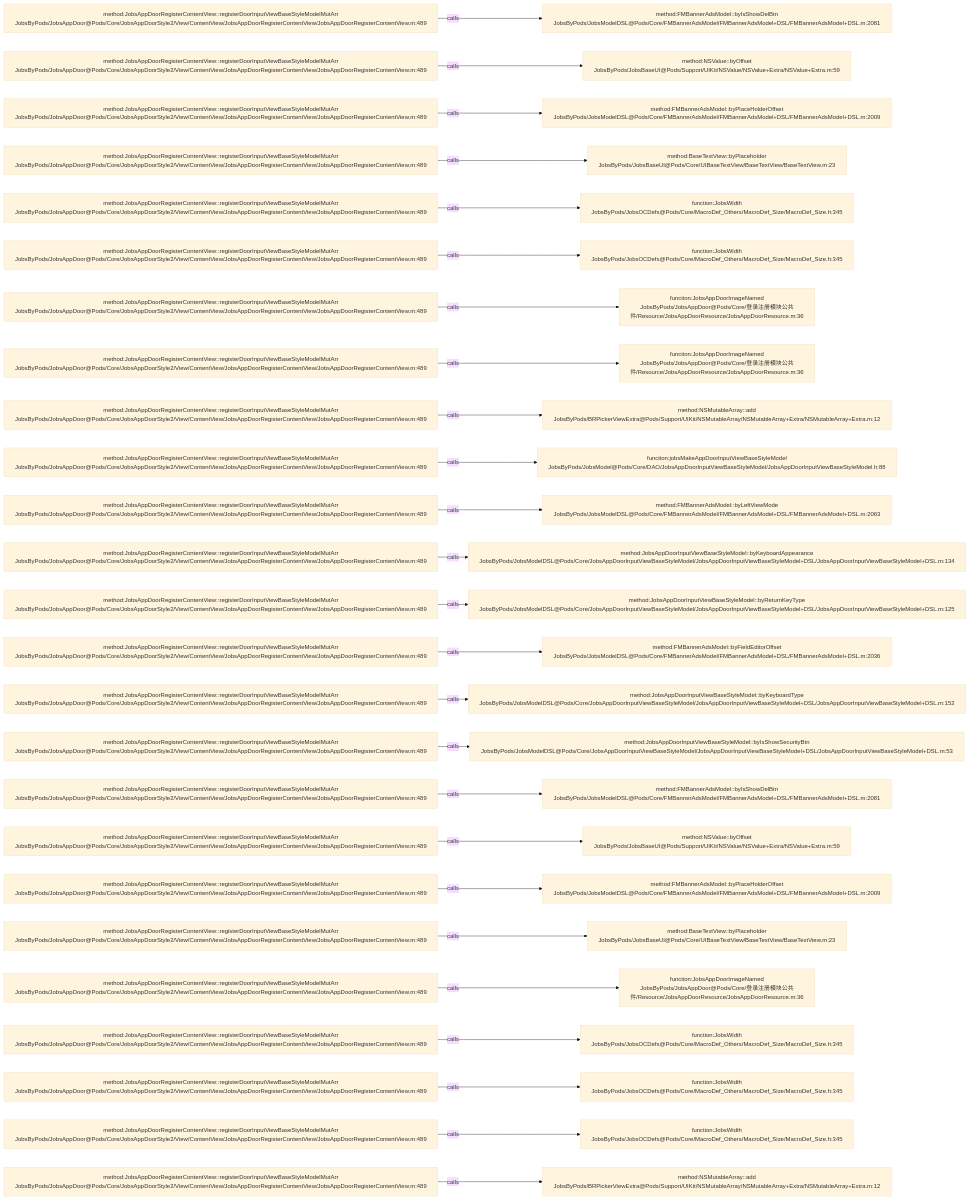
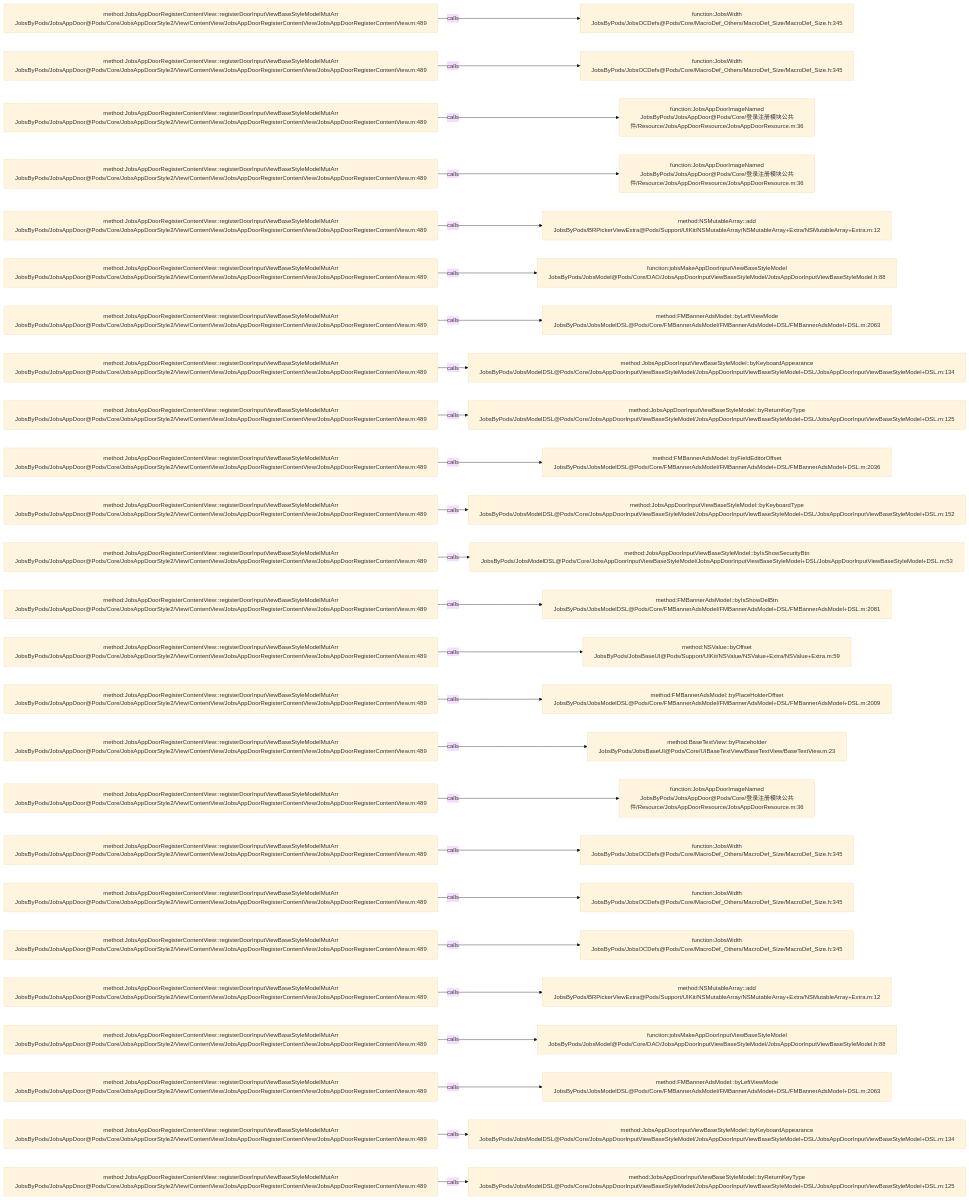
The diagram in .codegraph/codegraph.md/graphs/calls-133.md (JobsKits/JobsOCBaseConfigDemo), drawn with Mermaid (base theme) before and after one commit. The commit also changed 116 other files, not shown here.

````diff
--- a/.codegraph/codegraph.md/graphs/calls-133.md
+++ b/.codegraph/codegraph.md/graphs/calls-133.md
@@ -13,78 +13,78 @@
 ```mermaid
 flowchart LR
   S1["method:JobsAppDoorRegisterContentView::registerDoorInputViewBaseStyleModelMutArr<br/>JobsByPods/JobsAppDoor@Pods/Core/JobsAppDoorStyle2/View/ContentView/JobsAppDoorRegisterContentView/JobsAppDoorRegisterContentView.m:489"]
-  T1["method:FMBannerAdsModel::byIsShowDelBtn<br/>JobsByPods/JobsModelDSL@Pods/Core/FMBannerAdsModel/FMBannerAdsModel+DSL/FMBannerAdsModel+DSL.m:2081"]
+  T1["function:JobsWidth<br/>JobsByPods/JobsOCDefs@Pods/Core/MacroDef_Others/MacroDef_Size/MacroDef_Size.h:345"]
   S1 -->|calls| T1
   S2["method:JobsAppDoorRegisterContentView::registerDoorInputViewBaseStyleModelMutArr<br/>JobsByPods/JobsAppDoor@Pods/Core/JobsAppDoorStyle2/View/ContentView/JobsAppDoorRegisterContentView/JobsAppDoorRegisterContentView.m:489"]
-  T2["method:NSValue::byOffset<br/>JobsByPods/JobsBaseUI@Pods/Support/UIKit/NSValue/NSValue+Extra/NSValue+Extra.m:59"]
+  T2["function:JobsWidth<br/>JobsByPods/JobsOCDefs@Pods/Core/MacroDef_Others/MacroDef_Size/MacroDef_Size.h:345"]
   S2 -->|calls| T2
   S3["method:JobsAppDoorRegisterContentView::registerDoorInputViewBaseStyleModelMutArr<br/>JobsByPods/JobsAppDoor@Pods/Core/JobsAppDoorStyle2/View/ContentView/JobsAppDoorRegisterContentView/JobsAppDoorRegisterContentView.m:489"]
-  T3["method:FMBannerAdsModel::byPlaceHolderOffset<br/>JobsByPods/JobsModelDSL@Pods/Core/FMBannerAdsModel/FMBannerAdsModel+DSL/FMBannerAdsModel+DSL.m:2009"]
+  T3["function:JobsAppDoorImageNamed<br/>JobsByPods/JobsAppDoor@Pods/Core/登录注册模块公共件/Resource/JobsAppDoorResource/JobsAppDoorResource.m:36"]
   S3 -->|calls| T3
   S4["method:JobsAppDoorRegisterContentView::registerDoorInputViewBaseStyleModelMutArr<br/>JobsByPods/JobsAppDoor@Pods/Core/JobsAppDoorStyle2/View/ContentView/JobsAppDoorRegisterContentView/JobsAppDoorRegisterContentView.m:489"]
-  T4["method:BaseTextView::byPlaceholder<br/>JobsByPods/JobsBaseUI@Pods/Core/UIBaseTextView/BaseTextView/BaseTextView.m:23"]
+  T4["function:JobsAppDoorImageNamed<br/>JobsByPods/JobsAppDoor@Pods/Core/登录注册模块公共件/Resource/JobsAppDoorResource/JobsAppDoorResource.m:36"]
   S4 -->|calls| T4
   S5["method:JobsAppDoorRegisterContentView::registerDoorInputViewBaseStyleModelMutArr<br/>JobsByPods/JobsAppDoor@Pods/Core/JobsAppDoorStyle2/View/ContentView/JobsAppDoorRegisterContentView/JobsAppDoorRegisterContentView.m:489"]
-  T5["function:JobsWidth<br/>JobsByPods/JobsOCDefs@Pods/Core/MacroDef_Others/MacroDef_Size/MacroDef_Size.h:345"]
+  T5["method:NSMutableArray::add<br/>JobsByPods/BRPickerViewExtra@Pods/Support/UIKit/NSMutableArray/NSMutableArray+Extra/NSMutableArray+Extra.m:12"]
   S5 -->|calls| T5
   S6["method:JobsAppDoorRegisterContentView::registerDoorInputViewBaseStyleModelMutArr<br/>JobsByPods/JobsAppDoor@Pods/Core/JobsAppDoorStyle2/View/ContentView/JobsAppDoorRegisterContentView/JobsAppDoorRegisterContentView.m:489"]
-  T6["function:JobsWidth<br/>JobsByPods/JobsOCDefs@Pods/Core/MacroDef_Others/MacroDef_Size/MacroDef_Size.h:345"]
+  T6["function:jobsMakeAppDoorInputViewBaseStyleModel<br/>JobsByPods/JobsModel@Pods/Core/DAO/JobsAppDoorInputViewBaseStyleModel/JobsAppDoorInputViewBaseStyleModel.h:88"]
   S6 -->|calls| T6
   S7["method:JobsAppDoorRegisterContentView::registerDoorInputViewBaseStyleModelMutArr<br/>JobsByPods/JobsAppDoor@Pods/Core/JobsAppDoorStyle2/View/ContentView/JobsAppDoorRegisterContentView/JobsAppDoorRegisterContentView.m:489"]
-  T7["function:JobsAppDoorImageNamed<br/>JobsByPods/JobsAppDoor@Pods/Core/登录注册模块公共件/Resource/JobsAppDoorResource/JobsAppDoorResource.m:36"]
+  T7["method:FMBannerAdsModel::byLeftViewMode<br/>JobsByPods/JobsModelDSL@Pods/Core/FMBannerAdsModel/FMBannerAdsModel+DSL/FMBannerAdsModel+DSL.m:2063"]
   S7 -->|calls| T7
   S8["method:JobsAppDoorRegisterContentView::registerDoorInputViewBaseStyleModelMutArr<br/>JobsByPods/JobsAppDoor@Pods/Core/JobsAppDoorStyle2/View/ContentView/JobsAppDoorRegisterContentView/JobsAppDoorRegisterContentView.m:489"]
-  T8["function:JobsAppDoorImageNamed<br/>JobsByPods/JobsAppDoor@Pods/Core/登录注册模块公共件/Resource/JobsAppDoorResource/JobsAppDoorResource.m:36"]
+  T8["method:JobsAppDoorInputViewBaseStyleModel::byKeyboardAppearance<br/>JobsByPods/JobsModelDSL@Pods/Core/JobsAppDoorInputViewBaseStyleModel/JobsAppDoorInputViewBaseStyleModel+DSL/JobsAppDoorInputViewBaseStyleModel+DSL.m:134"]
   S8 -->|calls| T8
   S9["method:JobsAppDoorRegisterContentView::registerDoorInputViewBaseStyleModelMutArr<br/>JobsByPods/JobsAppDoor@Pods/Core/JobsAppDoorStyle2/View/ContentView/JobsAppDoorRegisterContentView/JobsAppDoorRegisterContentView.m:489"]
-  T9["method:NSMutableArray::add<br/>JobsByPods/BRPickerViewExtra@Pods/Support/UIKit/NSMutableArray/NSMutableArray+Extra/NSMutableArray+Extra.m:12"]
+  T9["method:JobsAppDoorInputViewBaseStyleModel::byReturnKeyType<br/>JobsByPods/JobsModelDSL@Pods/Core/JobsAppDoorInputViewBaseStyleModel/JobsAppDoorInputViewBaseStyleModel+DSL/JobsAppDoorInputViewBaseStyleModel+DSL.m:125"]
   S9 -->|calls| T9
   S10["method:JobsAppDoorRegisterContentView::registerDoorInputViewBaseStyleModelMutArr<br/>JobsByPods/JobsAppDoor@Pods/Core/JobsAppDoorStyle2/View/ContentView/JobsAppDoorRegisterContentView/JobsAppDoorRegisterContentView.m:489"]
-  T10["function:jobsMakeAppDoorInputViewBaseStyleModel<br/>JobsByPods/JobsModel@Pods/Core/DAO/JobsAppDoorInputViewBaseStyleModel/JobsAppDoorInputViewBaseStyleModel.h:88"]
+  T10["method:FMBannerAdsModel::byFieldEditorOffset<br/>JobsByPods/JobsModelDSL@Pods/Core/FMBannerAdsModel/FMBannerAdsModel+DSL/FMBannerAdsModel+DSL.m:2036"]
   S10 -->|calls| T10
   S11["method:JobsAppDoorRegisterContentView::registerDoorInputViewBaseStyleModelMutArr<br/>JobsByPods/JobsAppDoor@Pods/Core/JobsAppDoorStyle2/View/ContentView/JobsAppDoorRegisterContentView/JobsAppDoorRegisterContentView.m:489"]
-  T11["method:FMBannerAdsModel::byLeftViewMode<br/>JobsByPods/JobsModelDSL@Pods/Core/FMBannerAdsModel/FMBannerAdsModel+DSL/FMBannerAdsModel+DSL.m:2063"]
+  T11["method:JobsAppDoorInputViewBaseStyleModel::byKeyboardType<br/>JobsByPods/JobsModelDSL@Pods/Core/JobsAppDoorInputViewBaseStyleModel/JobsAppDoorInputViewBaseStyleModel+DSL/JobsAppDoorInputViewBaseStyleModel+DSL.m:152"]
   S11 -->|calls| T11
   S12["method:JobsAppDoorRegisterContentView::registerDoorInputViewBaseStyleModelMutArr<br/>JobsByPods/JobsAppDoor@Pods/Core/JobsAppDoorStyle2/View/ContentView/JobsAppDoorRegisterContentView/JobsAppDoorRegisterContentView.m:489"]
-  T12["method:JobsAppDoorInputViewBaseStyleModel::byKeyboardAppearance<br/>JobsByPods/JobsModelDSL@Pods/Core/JobsAppDoorInputViewBaseStyleModel/JobsAppDoorInputViewBaseStyleModel+DSL/JobsAppDoorInputViewBaseStyleModel+DSL.m:134"]
+  T12["method:JobsAppDoorInputViewBaseStyleModel::byIsShowSecurityBtn<br/>JobsByPods/JobsModelDSL@Pods/Core/JobsAppDoorInputViewBaseStyleModel/JobsAppDoorInputViewBaseStyleModel+DSL/JobsAppDoorInputViewBaseStyleModel+DSL.m:53"]
   S12 -->|calls| T12
   S13["method:JobsAppDoorRegisterContentView::registerDoorInputViewBaseStyleModelMutArr<br/>JobsByPods/JobsAppDoor@Pods/Core/JobsAppDoorStyle2/View/ContentView/JobsAppDoorRegisterContentView/JobsAppDoorRegisterContentView.m:489"]
-  T13["method:JobsAppDoorInputViewBaseStyleModel::byReturnKeyType<br/>JobsByPods/JobsModelDSL@Pods/Core/JobsAppDoorInputViewBaseStyleModel/JobsAppDoorInputViewBaseStyleModel+DSL/JobsAppDoorInputViewBaseStyleModel+DSL.m:125"]
+  T13["method:FMBannerAdsModel::byIsShowDelBtn<br/>JobsByPods/JobsModelDSL@Pods/Core/FMBannerAdsModel/FMBannerAdsModel+DSL/FMBannerAdsModel+DSL.m:2081"]
   S13 -->|calls| T13
   S14["method:JobsAppDoorRegisterContentView::registerDoorInputViewBaseStyleModelMutArr<br/>JobsByPods/JobsAppDoor@Pods/Core/JobsAppDoorStyle2/View/ContentView/JobsAppDoorRegisterContentView/JobsAppDoorRegisterContentView.m:489"]
-  T14["method:FMBannerAdsModel::byFieldEditorOffset<br/>JobsByPods/JobsModelDSL@Pods/Core/FMBannerAdsModel/FMBannerAdsModel+DSL/FMBannerAdsModel+DSL.m:2036"]
+  T14["method:NSValue::byOffset<br/>JobsByPods/JobsBaseUI@Pods/Support/UIKit/NSValue/NSValue+Extra/NSValue+Extra.m:59"]
   S14 -->|calls| T14
   S15["method:JobsAppDoorRegisterContentView::registerDoorInputViewBaseStyleModelMutArr<br/>JobsByPods/JobsAppDoor@Pods/Core/JobsAppDoorStyle2/View/ContentView/JobsAppDoorRegisterContentView/JobsAppDoorRegisterContentView.m:489"]
-  T15["method:JobsAppDoorInputViewBaseStyleModel::byKeyboardType<br/>JobsByPods/JobsModelDSL@Pods/Core/JobsAppDoorInputViewBaseStyleModel/JobsAppDoorInputViewBaseStyleModel+DSL/JobsAppDoorInputViewBaseStyleModel+DSL.m:152"]
+  T15["method:FMBannerAdsModel::byPlaceHolderOffset<br/>JobsByPods/JobsModelDSL@Pods/Core/FMBannerAdsModel/FMBannerAdsModel+DSL/FMBannerAdsModel+DSL.m:2009"]
   S15 -->|calls| T15
   S16["method:JobsAppDoorRegisterContentView::registerDoorInputViewBaseStyleModelMutArr<br/>JobsByPods/JobsAppDoor@Pods/Core/JobsAppDoorStyle2/View/ContentView/JobsAppDoorRegisterContentView/JobsAppDoorRegisterContentView.m:489"]
-  T16["method:JobsAppDoorInputViewBaseStyleModel::byIsShowSecurityBtn<br/>JobsByPods/JobsModelDSL@Pods/Core/JobsAppDoorInputViewBaseStyleModel/JobsAppDoorInputViewBaseStyleModel+DSL/JobsAppDoorInputViewBaseStyleModel+DSL.m:53"]
+  T16["method:BaseTextView::byPlaceholder<br/>JobsByPods/JobsBaseUI@Pods/Core/UIBaseTextView/BaseTextView/BaseTextView.m:23"]
   S16 -->|calls| T16
   S17["method:JobsAppDoorRegisterContentView::registerDoorInputViewBaseStyleModelMutArr<br/>JobsByPods/JobsAppDoor@Pods/Core/JobsAppDoorStyle2/View/ContentView/JobsAppDoorRegisterContentView/JobsAppDoorRegisterContentView.m:489"]
-  T17["method:FMBannerAdsModel::byIsShowDelBtn<br/>JobsByPods/JobsModelDSL@Pods/Core/FMBannerAdsModel/FMBannerAdsModel+DSL/FMBannerAdsModel+DSL.m:2081"]
+  T17["function:JobsAppDoorImageNamed<br/>JobsByPods/JobsAppDoor@Pods/Core/登录注册模块公共件/Resource/JobsAppDoorResource/JobsAppDoorResource.m:36"]
   S17 -->|calls| T17
   S18["method:JobsAppDoorRegisterContentView::registerDoorInputViewBaseStyleModelMutArr<br/>JobsByPods/JobsAppDoor@Pods/Core/JobsAppDoorStyle2/View/ContentView/JobsAppDoorRegisterContentView/JobsAppDoorRegisterContentView.m:489"]
-  T18["method:NSValue::byOffset<br/>JobsByPods/JobsBaseUI@Pods/Support/UIKit/NSValue/NSValue+Extra/NSValue+Extra.m:59"]
+  T18["function:JobsWidth<br/>JobsByPods/JobsOCDefs@Pods/Core/MacroDef_Others/MacroDef_Size/MacroDef_Size.h:345"]
   S18 -->|calls| T18
   S19["method:JobsAppDoorRegisterContentView::registerDoorInputViewBaseStyleModelMutArr<br/>JobsByPods/JobsAppDoor@Pods/Core/JobsAppDoorStyle2/View/ContentView/JobsAppDoorRegisterContentView/JobsAppDoorRegisterContentView.m:489"]
-  T19["method:FMBannerAdsModel::byPlaceHolderOffset<br/>JobsByPods/JobsModelDSL@Pods/Core/FMBannerAdsModel/FMBannerAdsModel+DSL/FMBannerAdsModel+DSL.m:2009"]
+  T19["function:JobsWidth<br/>JobsByPods/JobsOCDefs@Pods/Core/MacroDef_Others/MacroDef_Size/MacroDef_Size.h:345"]
   S19 -->|calls| T19
   S20["method:JobsAppDoorRegisterContentView::registerDoorInputViewBaseStyleModelMutArr<br/>JobsByPods/JobsAppDoor@Pods/Core/JobsAppDoorStyle2/View/ContentView/JobsAppDoorRegisterContentView/JobsAppDoorRegisterContentView.m:489"]
-  T20["method:BaseTextView::byPlaceholder<br/>JobsByPods/JobsBaseUI@Pods/Core/UIBaseTextView/BaseTextView/BaseTextView.m:23"]
+  T20["function:JobsWidth<br/>JobsByPods/JobsOCDefs@Pods/Core/MacroDef_Others/MacroDef_Size/MacroDef_Size.h:345"]
   S20 -->|calls| T20
   S21["method:JobsAppDoorRegisterContentView::registerDoorInputViewBaseStyleModelMutArr<br/>JobsByPods/JobsAppDoor@Pods/Core/JobsAppDoorStyle2/View/ContentView/JobsAppDoorRegisterContentView/JobsAppDoorRegisterContentView.m:489"]
-  T21["function:JobsAppDoorImageNamed<br/>JobsByPods/JobsAppDoor@Pods/Core/登录注册模块公共件/Resource/JobsAppDoorResource/JobsAppDoorResource.m:36"]
+  T21["method:NSMutableArray::add<br/>JobsByPods/BRPickerViewExtra@Pods/Support/UIKit/NSMutableArray/NSMutableArray+Extra/NSMutableArray+Extra.m:12"]
   S21 -->|calls| T21
   S22["method:JobsAppDoorRegisterContentView::registerDoorInputViewBaseStyleModelMutArr<br/>JobsByPods/JobsAppDoor@Pods/Core/JobsAppDoorStyle2/View/ContentView/JobsAppDoorRegisterContentView/JobsAppDoorRegisterContentView.m:489"]
-  T22["function:JobsWidth<br/>JobsByPods/JobsOCDefs@Pods/Core/MacroDef_Others/MacroDef_Size/MacroDef_Size.h:345"]
+  T22["function:jobsMakeAppDoorInputViewBaseStyleModel<br/>JobsByPods/JobsModel@Pods/Core/DAO/JobsAppDoorInputViewBaseStyleModel/JobsAppDoorInputViewBaseStyleModel.h:88"]
   S22 -->|calls| T22
   S23["method:JobsAppDoorRegisterContentView::registerDoorInputViewBaseStyleModelMutArr<br/>JobsByPods/JobsAppDoor@Pods/Core/JobsAppDoorStyle2/View/ContentView/JobsAppDoorRegisterContentView/JobsAppDoorRegisterContentView.m:489"]
-  T23["function:JobsWidth<br/>JobsByPods/JobsOCDefs@Pods/Core/MacroDef_Others/MacroDef_Size/MacroDef_Size.h:345"]
+  T23["method:FMBannerAdsModel::byLeftViewMode<br/>JobsByPods/JobsModelDSL@Pods/Core/FMBannerAdsModel/FMBannerAdsModel+DSL/FMBannerAdsModel+DSL.m:2063"]
   S23 -->|calls| T23
   S24["method:JobsAppDoorRegisterContentView::registerDoorInputViewBaseStyleModelMutArr<br/>JobsByPods/JobsAppDoor@Pods/Core/JobsAppDoorStyle2/View/ContentView/JobsAppDoorRegisterContentView/JobsAppDoorRegisterContentView.m:489"]
-  T24["function:JobsWidth<br/>JobsByPods/JobsOCDefs@Pods/Core/MacroDef_Others/MacroDef_Size/MacroDef_Size.h:345"]
+  T24["method:JobsAppDoorInputViewBaseStyleModel::byKeyboardAppearance<br/>JobsByPods/JobsModelDSL@Pods/Core/JobsAppDoorInputViewBaseStyleModel/JobsAppDoorInputViewBaseStyleModel+DSL/JobsAppDoorInputViewBaseStyleModel+DSL.m:134"]
   S24 -->|calls| T24
   S25["method:JobsAppDoorRegisterContentView::registerDoorInputViewBaseStyleModelMutArr<br/>JobsByPods/JobsAppDoor@Pods/Core/JobsAppDoorStyle2/View/ContentView/JobsAppDoorRegisterContentView/JobsAppDoorRegisterContentView.m:489"]
-  T25["method:NSMutableArray::add<br/>JobsByPods/BRPickerViewExtra@Pods/Support/UIKit/NSMutableArray/NSMutableArray+Extra/NSMutableArray+Extra.m:12"]
+  T25["method:JobsAppDoorInputViewBaseStyleModel::byReturnKeyType<br/>JobsByPods/JobsModelDSL@Pods/Core/JobsAppDoorInputViewBaseStyleModel/JobsAppDoorInputViewBaseStyleModel+DSL/JobsAppDoorInputViewBaseStyleModel+DSL.m:125"]
   S25 -->|calls| T25
 ```
````
